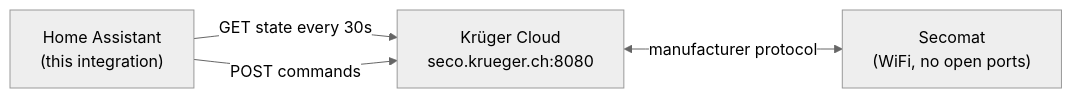
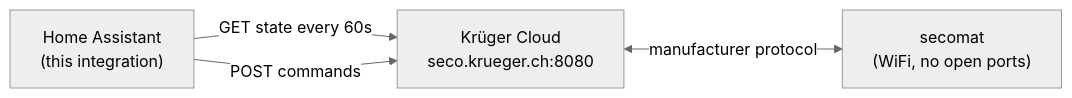
One commit to xenofex7/ha-kruger-secomat changed the diagram in README.md. Above: the diagram before and after it, drawn with Mermaid (neutral theme). The commit also changed other lines of this file and 10 other files, not shown here.

````diff
--- a/README.md
+++ b/README.md
@@ -116,10 +118,10 @@
 ```mermaid
 flowchart LR
   HA["Home Assistant<br/>(this integration)"]
   Cloud["Krüger Cloud<br/>seco.krueger.ch:8080"]
-  Device["Secomat<br/>(WiFi, no open ports)"]
+  Device["secomat<br/>(WiFi, no open ports)"]
 
-  HA -->|"GET state every 30s"| Cloud
+  HA -->|"GET state every 60s"| Cloud
   HA -->|"POST commands"| Cloud
   Cloud <-->|"manufacturer protocol"| Device
 ```
````
